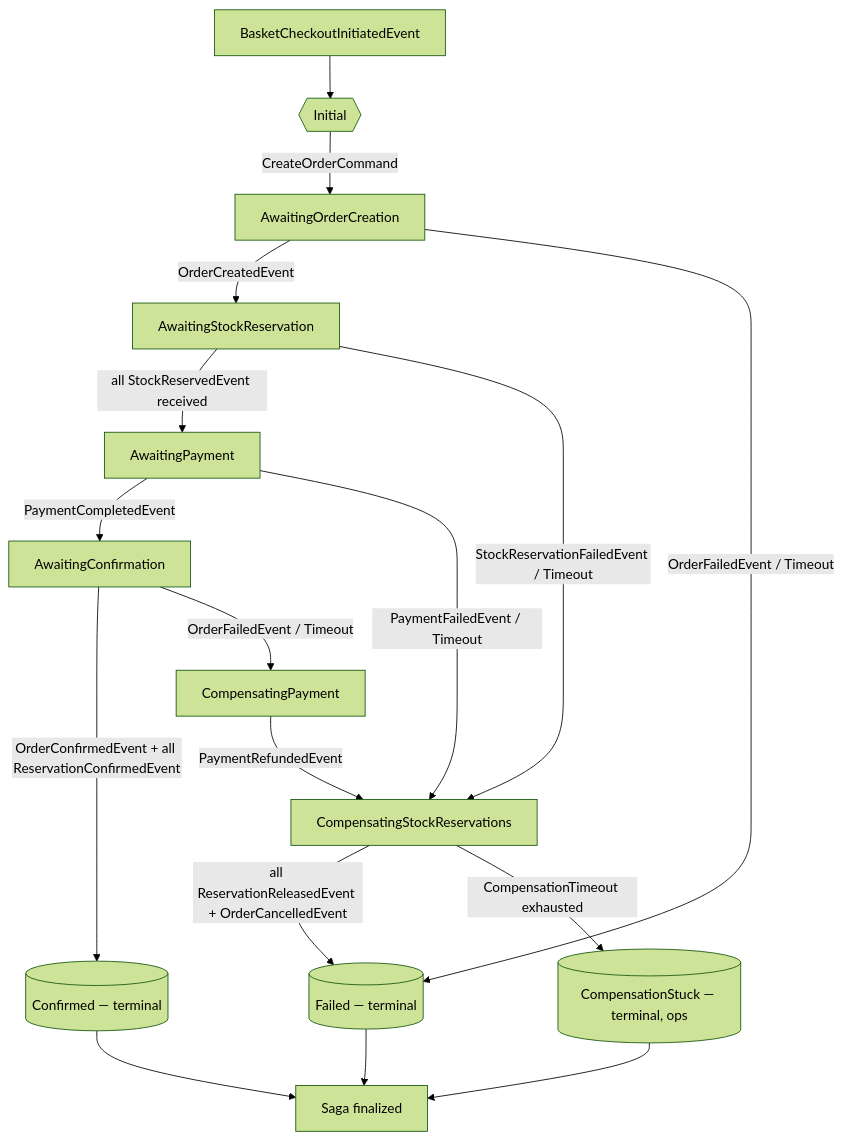
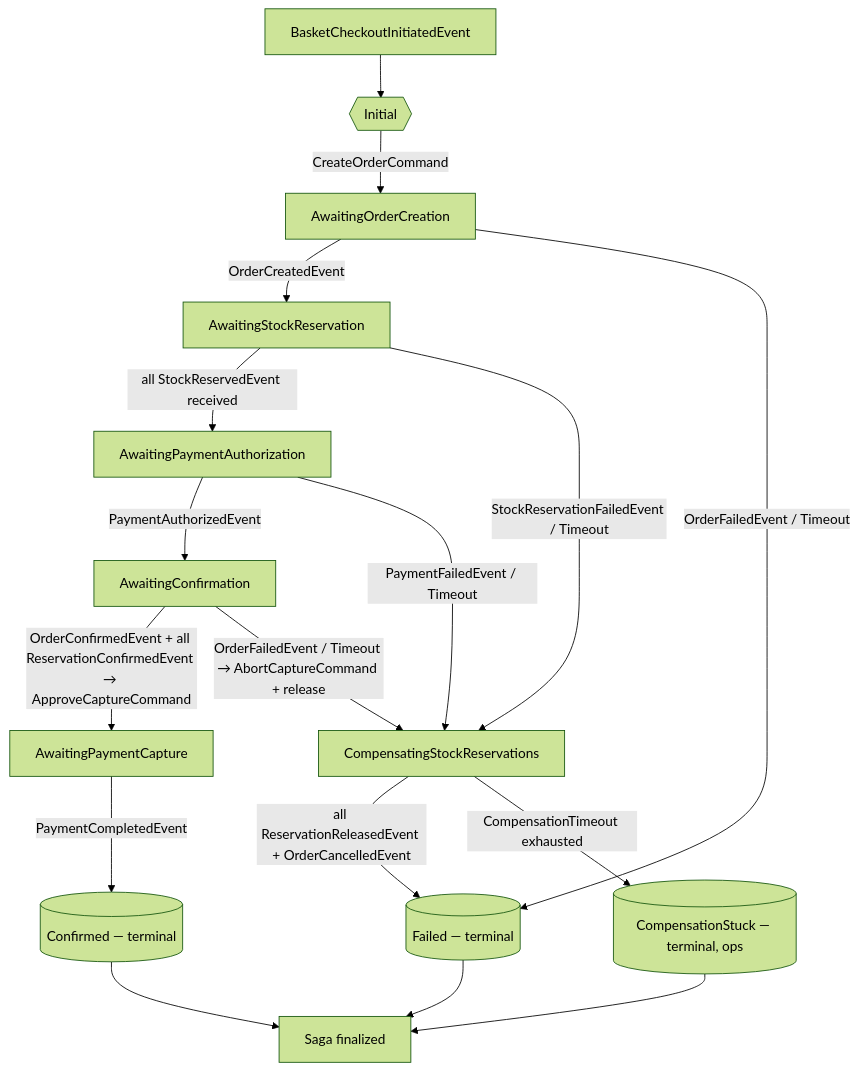
Before and after one commit to DavidCapcuch/DotNetAtlas: the diagram in docs/bc-design/checkout-saga.md, drawn with Mermaid (forest theme). The commit also changed other lines of this file and 3 other files, not shown here.

First line of the commit message:
docs: reconcile payment-flow docs to ADR-0026 capture pivot

````diff
--- a/docs/bc-design/checkout-saga.md
+++ b/docs/bc-design/checkout-saga.md
@@ -26,24 +26,25 @@
 ```mermaid
 flowchart TD
     BasketEvt[BasketCheckoutInitiatedEvent] --> Init{{Initial}}
     Init -->|CreateOrderCommand| AwaitOrder[AwaitingOrderCreation]
     AwaitOrder -->|OrderCreatedEvent| AwaitStock[AwaitingStockReservation]
     AwaitOrder -->|OrderFailedEvent / Timeout| Failed[(Failed — terminal)]
 
-    AwaitStock -->|all StockReservedEvent received| AwaitPay[AwaitingPayment]
+    AwaitStock -->|all StockReservedEvent received| AwaitAuth[AwaitingPaymentAuthorization]
     AwaitStock -->|StockReservationFailedEvent / Timeout| CompStock[CompensatingStockReservations]
 
-    AwaitPay -->|PaymentCompletedEvent| AwaitConfirm[AwaitingConfirmation]
-    AwaitPay -->|PaymentFailedEvent / Timeout| CompStock
+    AwaitAuth -->|PaymentAuthorizedEvent| AwaitConfirm[AwaitingConfirmation]
+    AwaitAuth -->|PaymentFailedEvent / Timeout| CompStock
 
-    AwaitConfirm -->|OrderConfirmedEvent + all ReservationConfirmedEvent| Confirmed[(Confirmed — terminal)]
-    AwaitConfirm -->|OrderFailedEvent / Timeout| CompPay[CompensatingPayment]
+    AwaitConfirm -->|OrderConfirmedEvent + all ReservationConfirmedEvent → ApproveCaptureCommand| AwaitCapture[AwaitingPaymentCapture]
+    AwaitConfirm -->|OrderFailedEvent / Timeout → AbortCaptureCommand + release| CompStock
+
+    AwaitCapture -->|PaymentCompletedEvent| Confirmed[(Confirmed — terminal)]
 
     CompStock -->|all ReservationReleasedEvent + OrderCancelledEvent| Failed
-    CompPay -->|PaymentRefundedEvent| CompStock
     CompStock -->|CompensationTimeout exhausted| Stuck[(CompensationStuck — terminal, ops)]
 
     Confirmed --> Done[Saga finalized]
     Failed --> Done
     Stuck --> Done
 ```
````
